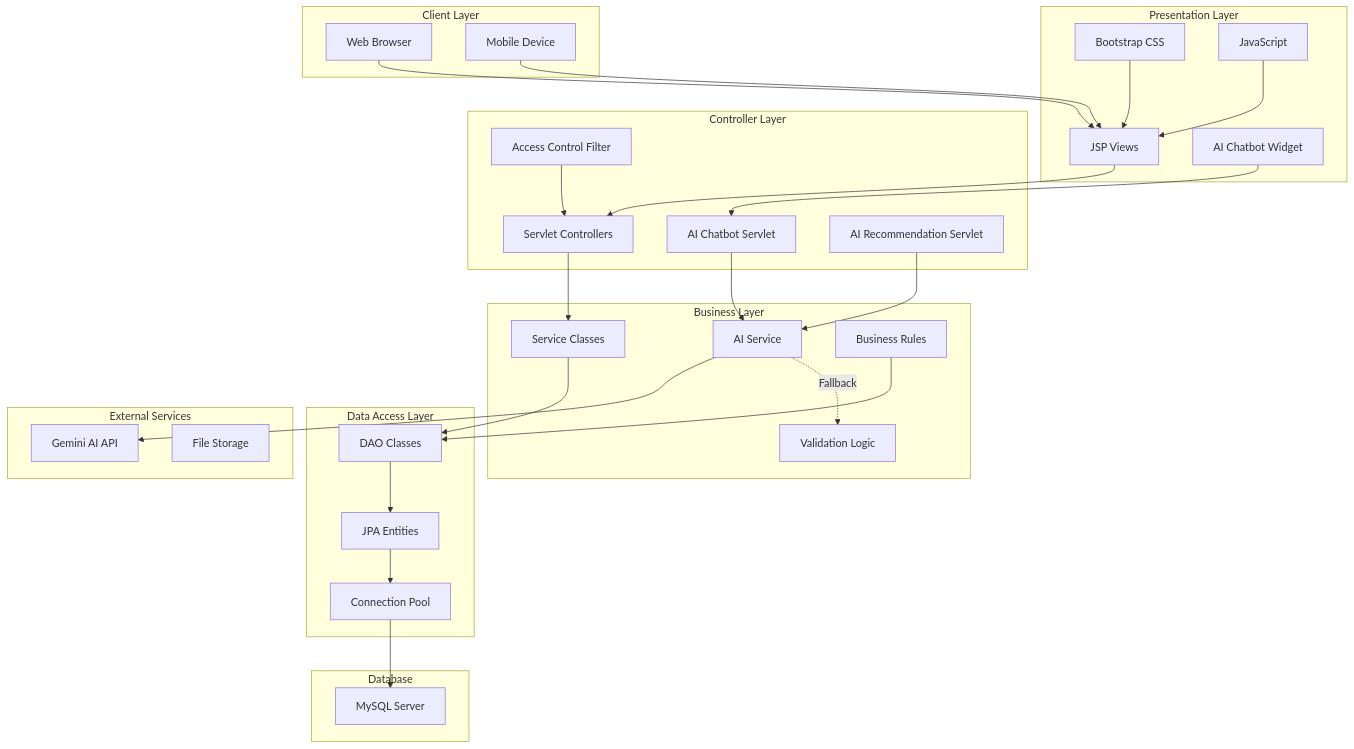
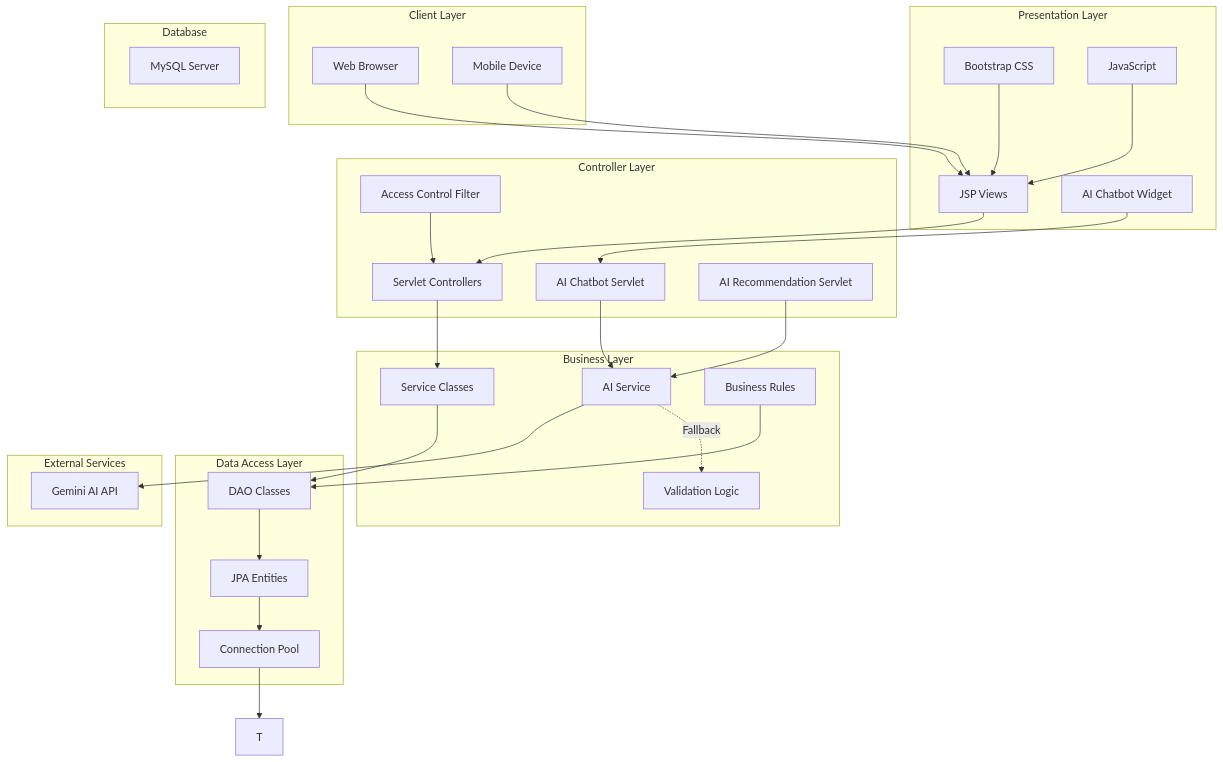
The first of 5 diagrams in README.md (Eggprime1963/LearningWebsite), drawn with Mermaid before and after one commit.

````diff
--- a/README.md
+++ b/README.md
@@ -73,61 +73,60 @@
 ```mermaid
 graph TB
     subgraph "Client Layer"
         A[Web Browser]
         B[Mobile Device]
     end
     
     subgraph "Presentation Layer"
         C[JSP Views]
         D[Bootstrap CSS]
         E[JavaScript]
         F[AI Chatbot Widget]
     end
     
     subgraph "Controller Layer"
         G[Servlet Controllers]
         H[AI Chatbot Servlet]
         I[Access Control Filter]
         J[AI Recommendation Servlet]
     end
     
     subgraph "Business Layer"
         K[Service Classes]
         L[AI Service]
         M[Validation Logic]
         N[Business Rules]
     end
     
     subgraph "Data Access Layer"
         O[DAO Classes]
         P[JPA Entities]
         Q[Connection Pool]
     end
     
     subgraph "External Services"
         R[Gemini AI API]
-        S[File Storage]
     end
     
     subgraph "Database"
-        T[MySQL Server]
+        S[MySQL Server]
     end
     
     A --> C
     B --> C
     C --> G
     D --> C
     E --> C
     F --> H
     G --> K
     H --> L
     I --> G
     J --> L
     K --> O
     L --> R
     L -.->|Fallback| M
     O --> P
     P --> Q
     Q --> T
     N --> O
 ```
````
